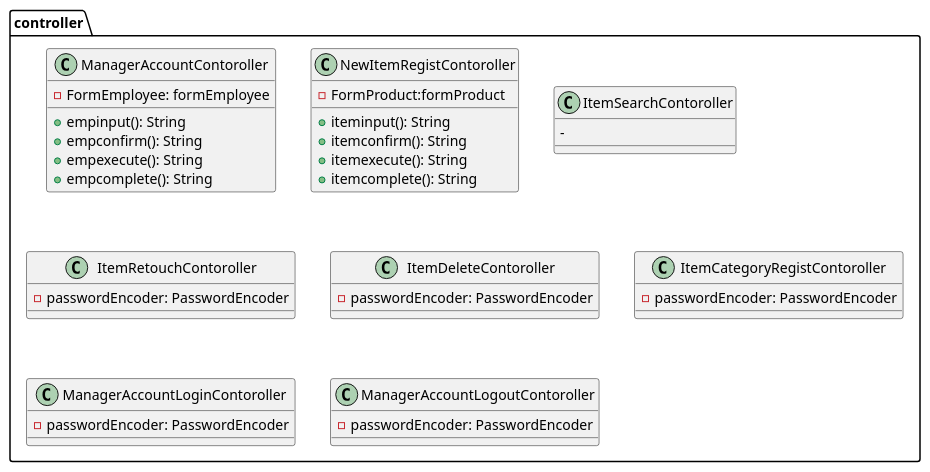
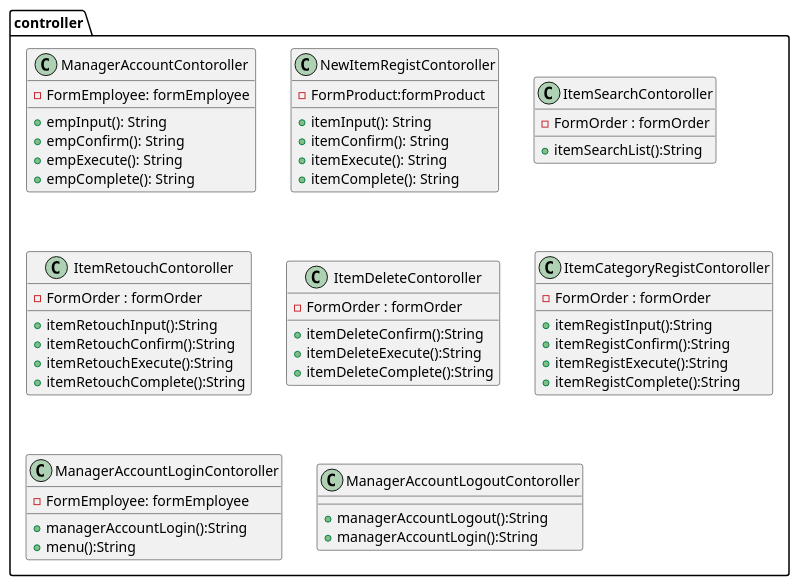
One commit to kanavii3333/ec-b changed the diagram in plan/uml/class/controller.plantuml. Above: the diagram before and after it, drawn with PlantUML.

Commit message:
controller.plantuml

```diff
--- a/plan/uml/class/controller.plantuml
+++ b/plan/uml/class/controller.plantuml
@@ -1,37 +1,55 @@
 package controller{
     class ManagerAccountContoroller{
         -FormEmployee: formEmployee
-        + empinput(): String
-        + empconfirm(): String
-        + empexecute(): String
-        + empcomplete(): String
+        + empInput(): String
+        + empConfirm(): String
+        + empExecute(): String
+        + empComplete(): String
         
     }
     class NewItemRegistContoroller{
     	- FormProduct:formProduct
-        + iteminput(): String
-        + itemconfirm(): String
-        + itemexecute(): String
-        + itemcomplete(): String
+        + itemInput(): String
+        + itemConfirm(): String
+        + itemExecute(): String
+        + itemComplete(): String
     }
     class ItemSearchContoroller{
-    	-
+    	- FormOrder : formOrder
+    	+ itemSearchList():String
+    	
       
         
     }
     class ItemRetouchContoroller{
-        -passwordEncoder: PasswordEncoder
+        - FormOrder : formOrder
+        + itemRetouchInput():String
+        + itemRetouchConfirm():String
+        + itemRetouchExecute():String
+    	+ itemRetouchComplete():String
+        
     }
     class ItemDeleteContoroller{
-        -passwordEncoder: PasswordEncoder
+    	- FormOrder : formOrder
+        + itemDeleteConfirm():String
+        + itemDeleteExecute():String
+    	+ itemDeleteComplete():String
     }
     class ItemCategoryRegistContoroller{
-        -passwordEncoder: PasswordEncoder
+        - FormOrder : formOrder
+        + itemRegistInput():String
+        + itemRegistConfirm():String
+        + itemRegistExecute():String
+    	+ itemRegistComplete():String
     }
     class ManagerAccountLoginContoroller{
-        -passwordEncoder: PasswordEncoder
+        -FormEmployee: formEmployee
+        + managerAccountLogin():String
+        + menu():String
     }
     class ManagerAccountLogoutContoroller{
-        -passwordEncoder: PasswordEncoder
+        + managerAccountLogout():String
+        + managerAccountLogin():String
+        
     }
 }
```
